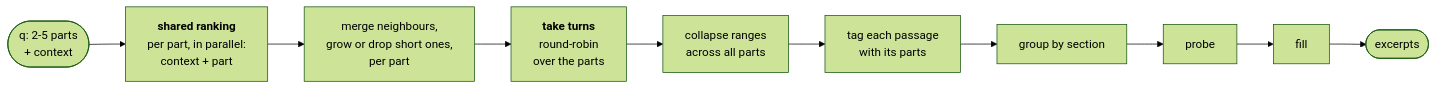
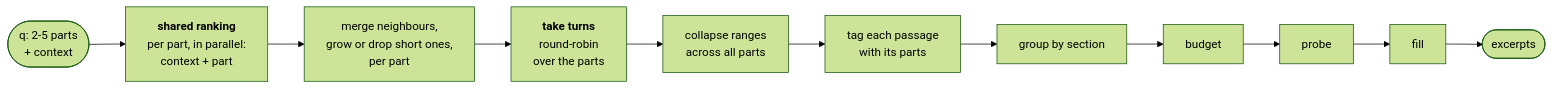
The third of 3 diagrams in docs/search.md (haskian/haskie), drawn with Mermaid (forest theme) before and after one commit. The commit also changed other lines of this file and 28 other files, not shown here.

````diff
--- a/docs/search.md
+++ b/docs/search.md
@@ -214,9 +221,9 @@
 ```mermaid
 flowchart LR
     asked(["q: 2-5 parts<br/>+ context"]) --> each["<b>shared ranking</b><br/>per part, in parallel:<br/>context + part"]
     each --> ranges["merge neighbours,<br/>grow or drop short ones,<br/>per part"]
     ranges --> turns["<b>take turns</b><br/>round-robin<br/>over the parts"]
     turns --> fold["collapse ranges<br/>across all parts"]
     fold --> tag["tag each passage<br/>with its parts"]
-    tag --> group["group by section"] --> probe["probe"] --> fill["fill"] --> excerpts(["excerpts"])
+    tag --> group["group by section"] --> budget["budget"] --> probe["probe"] --> fill["fill"] --> excerpts(["excerpts"])
 ```
````
